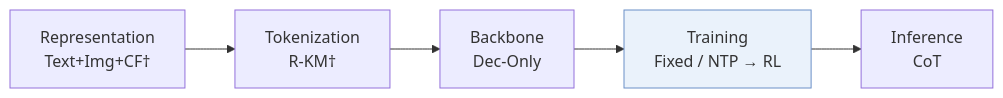
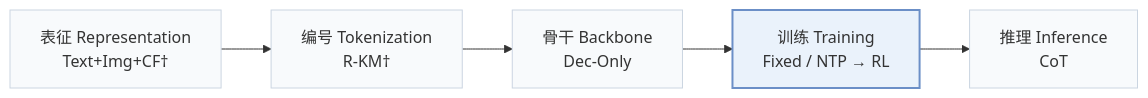
The first of 4 diagrams in pages/zh/papers/onerec-think.md (Galaxy-ghost/Awesome-SID-Generative-Rec), drawn with Mermaid before and after one commit. The commit also changed other lines of this file and 649 other files, not shown here.

Commit message:
writer-05: also tags and modality index (schema, check, build, visuals); summary field removed; calibration data for 12 papers

````diff
--- a/pages/zh/papers/onerec-think.md
+++ b/pages/zh/papers/onerec-think.md
@@ -13,6 +15,8 @@
 ```mermaid
 flowchart LR
-    R["Representation<br/>Text+Img+CF†"] --> T["Tokenization<br/>R-KM†"] --> B["Backbone<br/>Dec-Only"] --> TR["Training<br/>Fixed / NTP → RL"] --> I["Inference<br/>CoT"]
-    classDef main fill:#eaf2fb,stroke:#6b8fc7
+    R["表征 Representation<br/>Text+Img+CF†"] --> T["编号 Tokenization<br/>R-KM†"] --> B["骨干 Backbone<br/>Dec-Only"] --> TR["训练 Training<br/>Fixed / NTP → RL"] --> I["推理 Inference<br/>CoT"]
+    classDef base fill:#f8fafc,stroke:#cbd5e1
+    class R,T,B,TR,I base
+    classDef main fill:#eaf2fb,stroke:#6b8fc7,stroke-width:2px
     class TR main
 ```
````
